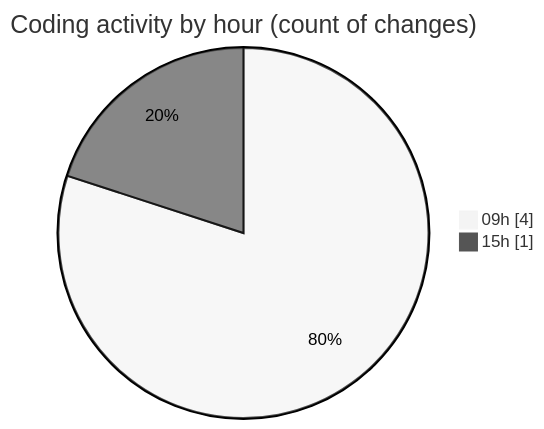
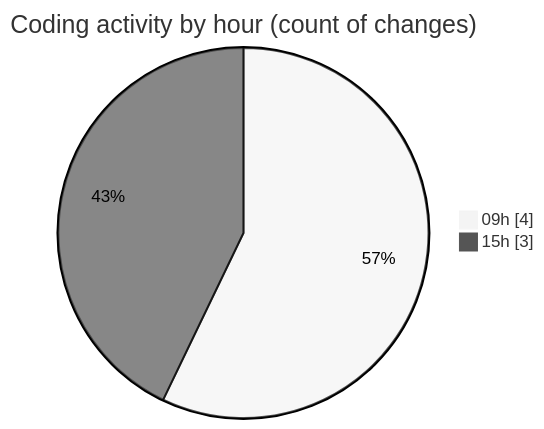
Before and after one commit to vahidmafi/code-tracking: the second of 2 diagrams in 2025-01-11/shop/README.md, drawn with Mermaid (neutral theme). The commit also changed other lines of this file and 1 other file, not shown here.

````diff
--- a/2025-01-11/shop/README.md
+++ b/2025-01-11/shop/README.md
@@ -30,6 +30,6 @@
 ```mermaid
 pie showData
 title Coding activity by hour (count of changes)
 "09h" : 4
-"15h" : 1
+"15h" : 3
 ```
````
